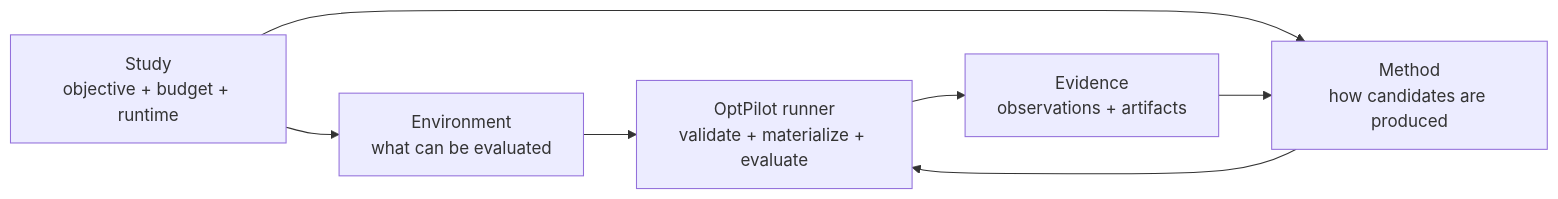
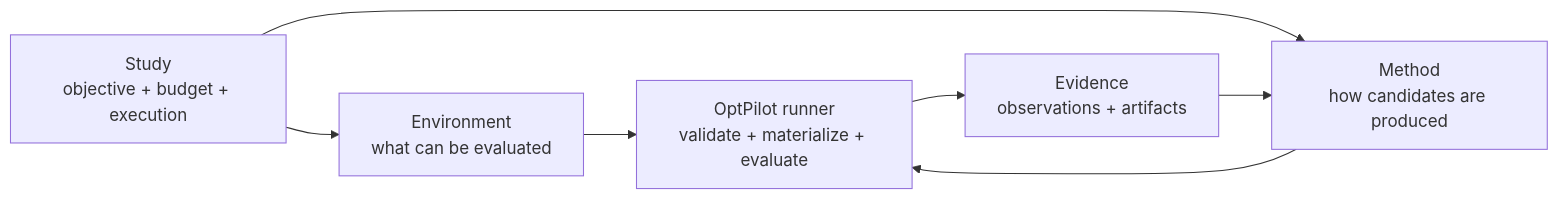
One commit to MINDS-THU/OptPilot changed the diagram in README.md. Above: the diagram before and after it, drawn with Mermaid. The commit also changed other lines of this file and 166 other files, not shown here.

````diff
--- a/README.md
+++ b/README.md
@@ -13,15 +13,15 @@
 ```mermaid
 flowchart LR
   Env["Environment\nwhat can be evaluated"]
   Method["Method\nhow candidates are produced"]
-  Study["Study\nobjective + budget + runtime"]
+  Study["Study\nobjective + budget + execution"]
   Runner["OptPilot runner\nvalidate + materialize + evaluate"]
   Evidence["Evidence\nobservations + artifacts"]
 
   Study --> Env
   Study --> Method
   Env --> Runner
   Method --> Runner
   Runner --> Evidence
   Evidence --> Method
 ```
````
